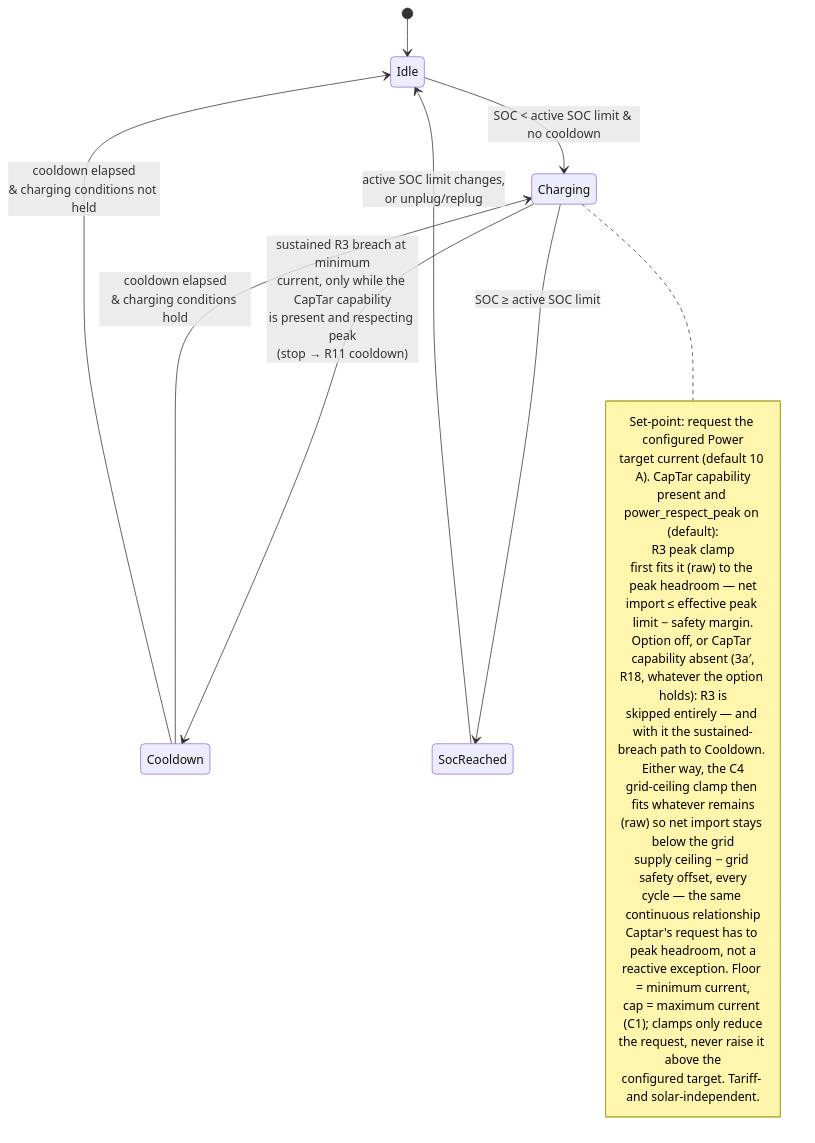
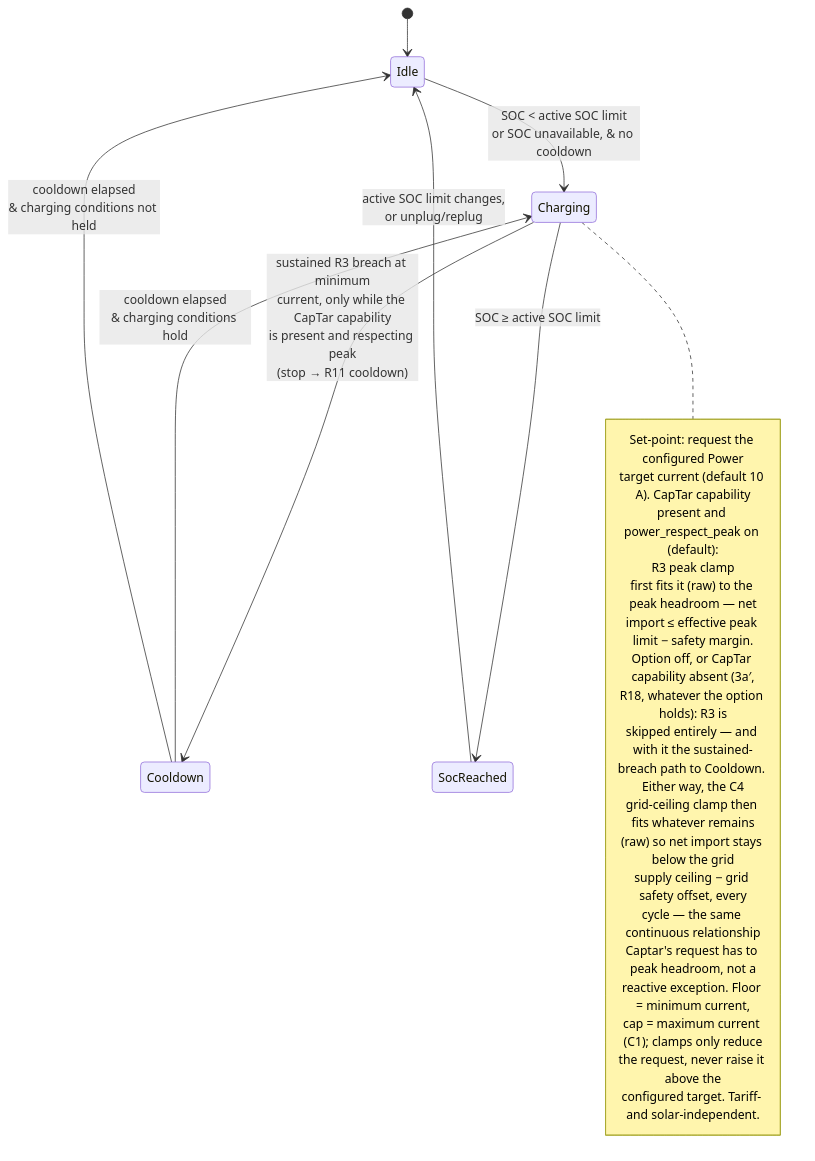
The diagram in docs/analysis/use-cases/UC04-charge-at-a-user-set-current.md (kristofdegrave/homeassistant-smart-charging), drawn with Mermaid before and after one commit. The commit also changed other lines of this file, not shown here.

First line of the commit message:
uc: UC04 exception flow for state of charge unavailable under Power

````diff
--- a/docs/analysis/use-cases/UC04-charge-at-a-user-set-current.md
+++ b/docs/analysis/use-cases/UC04-charge-at-a-user-set-current.md
@@ -134,31 +147,31 @@
 ```mermaid
 stateDiagram-v2
     [*] --> Idle
-    Idle --> Charging: SOC < active SOC limit & no cooldown
+    Idle --> Charging: SOC < active SOC limit<br/>or SOC unavailable, & no cooldown
     Charging --> Cooldown: sustained R3 breach at minimum<br/>current, only while the CapTar capability<br/>is present and respecting peak<br/>(stop → R11 cooldown)
     Charging --> SocReached: SOC ≥ active SOC limit
     Cooldown --> Charging: cooldown elapsed<br/>& charging conditions hold
     Cooldown --> Idle: cooldown elapsed<br/>& charging conditions not held
     SocReached --> Idle: active SOC limit changes,<br/>or unplug/replug
     note right of Charging
         Set-point: request the configured Power
         target current (default 10 A). CapTar capability
         present and power_respect_peak on (default):
         R3 peak clamp
         first fits it (raw) to the peak headroom — net
         import ≤ effective peak limit − safety margin.
         Option off, or CapTar capability absent (3a′,
         R18, whatever the option holds): R3 is
         skipped entirely — and with it the sustained-
         breach path to Cooldown. Either way, the C4
         grid-ceiling clamp then fits whatever remains
         (raw) so net import stays below the grid
         supply ceiling − grid safety offset, every
         cycle — the same continuous relationship
         Captar's request has to peak headroom, not a
         reactive exception. Floor = minimum current,
         cap = maximum current (C1); clamps only reduce
         the request, never raise it above the
         configured target. Tariff- and solar-independent.
     end note
 ```
````
